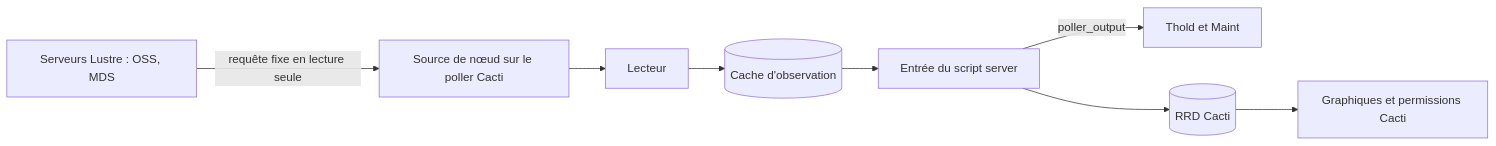
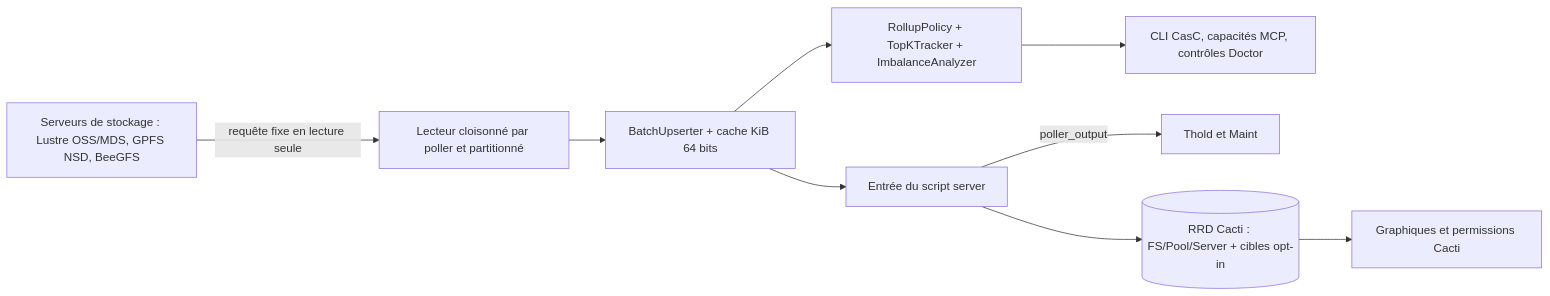
The diagram in docs/i18n/fr-FR/README.md (somethingwithproof/plugin_pfs), drawn with Mermaid before and after one commit. The commit also changed other lines of this file and 47 other files, not shown here.

````diff
--- a/docs/i18n/fr-FR/README.md
+++ b/docs/i18n/fr-FR/README.md
@@ -74,10 +82,11 @@
 ```mermaid
 flowchart LR
-    N["Serveurs Lustre : OSS, MDS"] -->|requête fixe en lecture seule| S["Source de nœud sur le poller Cacti"]
-    S --> R["Lecteur"]
-    R --> C[("Cache d'observation")]
-    C --> SS["Entrée du script server"]
+    N["Serveurs de stockage : Lustre OSS/MDS, GPFS NSD, BeeGFS"] -->|requête fixe en lecture seule| S["Lecteur cloisonné par poller et partitionné"]
+    S --> B["BatchUpserter + cache KiB 64 bits"]
+    B --> R["RollupPolicy + TopKTracker + ImbalanceAnalyzer"]
+    B --> SS["Entrée du script server"]
+    R --> ECO["CLI CasC, capacités MCP, contrôles Doctor"]
     SS -->|poller_output| T["Thold et Maint"]
-    SS --> RRD[("RRD Cacti")]
+    SS --> RRD[("RRD Cacti : FS/Pool/Server + cibles opt-in")]
     RRD --> G["Graphiques et permissions Cacti"]
 ```
````
